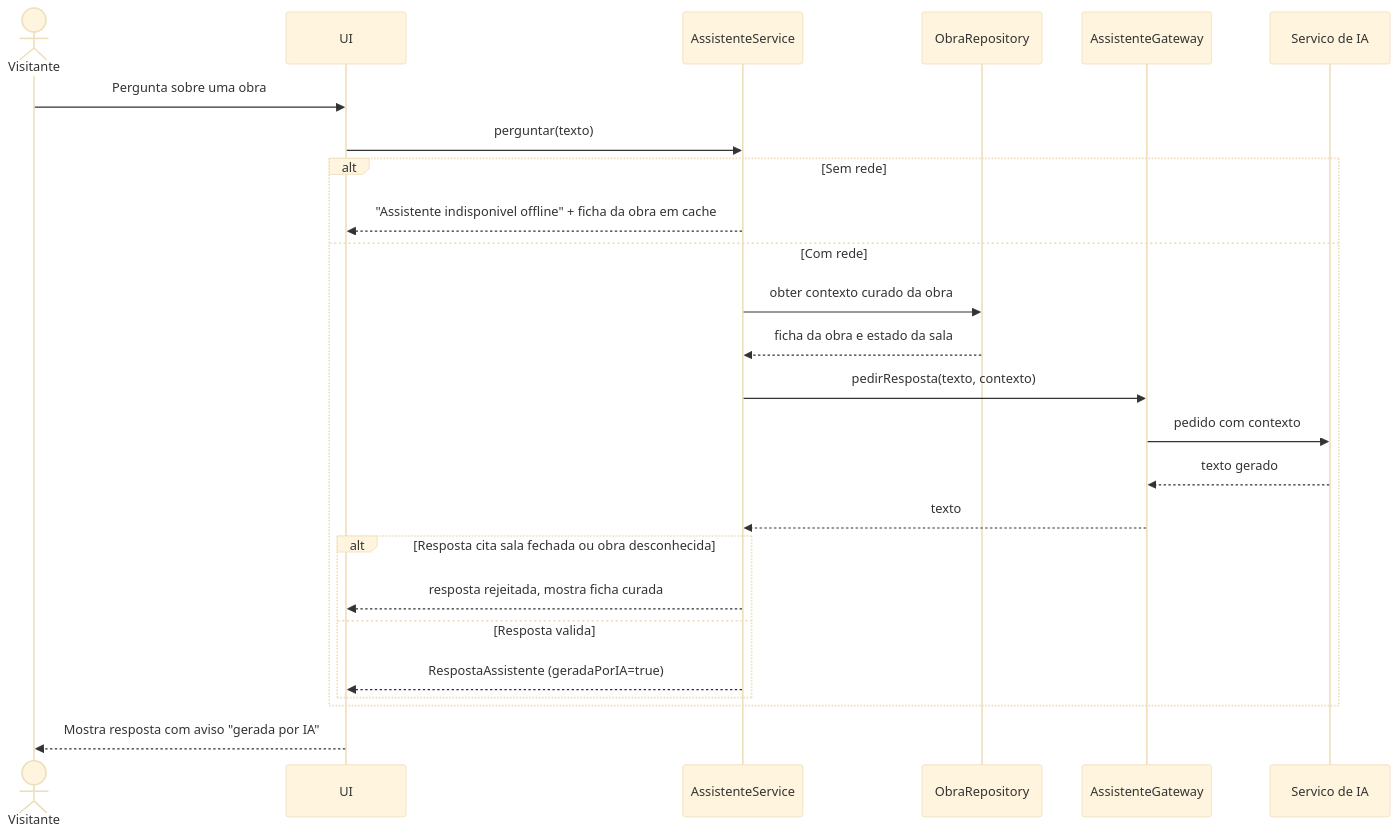
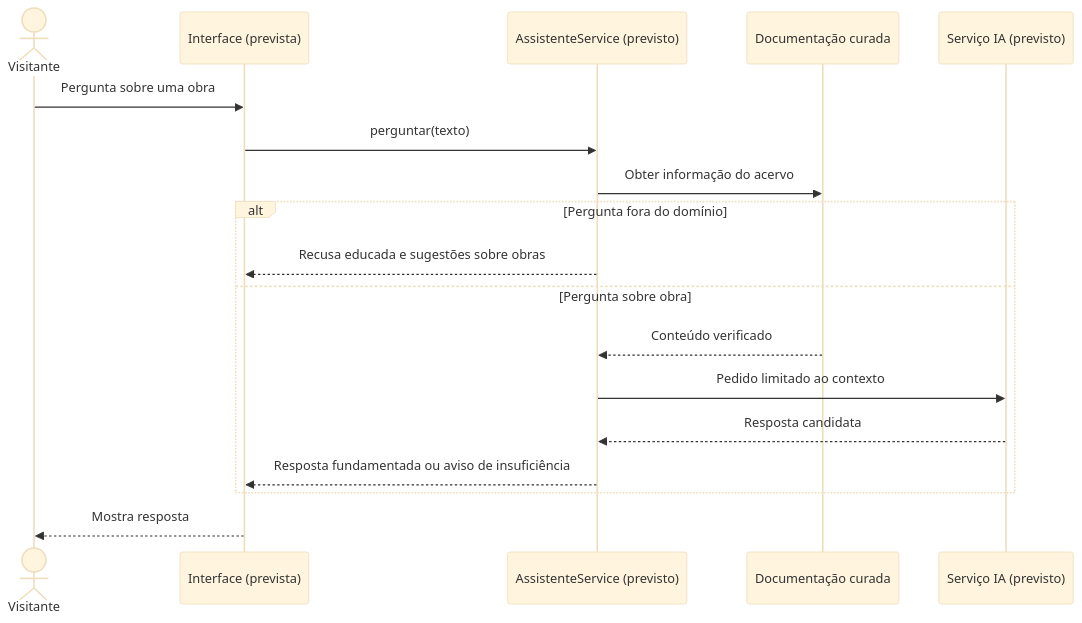
Before and after one commit to PedroRodriguesUFP/Projeto-de-ESOF: the sixth of 6 diagrams in docs/arquitetura.md, drawn with Mermaid (base theme). The commit also changed other lines of this file and 3 other files, not shown here.

````diff
--- a/docs/arquitetura.md
+++ b/docs/arquitetura.md
@@ -283,28 +196,20 @@
 ```mermaid
 sequenceDiagram
     actor V as Visitante
-    participant UI as UI
-    participant AS as AssistenteService
-    participant OR as ObraRepository
-    participant GW as AssistenteGateway
-    participant LLM as Servico de IA
-
+    participant UI as Interface (prevista)
+    participant AS as AssistenteService (previsto)
+    participant AC as Documentação curada
+    participant IA as Serviço IA (previsto)
     V->>UI: Pergunta sobre uma obra
     UI->>AS: perguntar(texto)
-    alt Sem rede
-        AS-->>UI: "Assistente indisponivel offline" + ficha da obra em cache
-    else Com rede
-        AS->>OR: obter contexto curado da obra
-        OR-->>AS: ficha da obra e estado da sala
-        AS->>GW: pedirResposta(texto, contexto)
-        GW->>LLM: pedido com contexto
-        LLM-->>GW: texto gerado
-        GW-->>AS: texto
-        alt Resposta cita sala fechada ou obra desconhecida
-            AS-->>UI: resposta rejeitada, mostra ficha curada
-        else Resposta valida
-            AS-->>UI: RespostaAssistente (geradaPorIA=true)
-        end
+    AS->>AC: Obter informação do acervo
+    alt Pergunta fora do domínio
+        AS-->>UI: Recusa educada e sugestões sobre obras
+    else Pergunta sobre obra
+        AC-->>AS: Conteúdo verificado
+        AS->>IA: Pedido limitado ao contexto
+        IA-->>AS: Resposta candidata
+        AS-->>UI: Resposta fundamentada ou aviso de insuficiência
     end
-    UI-->>V: Mostra resposta com aviso "gerada por IA"
+    UI-->>V: Mostra resposta
 ```
````
